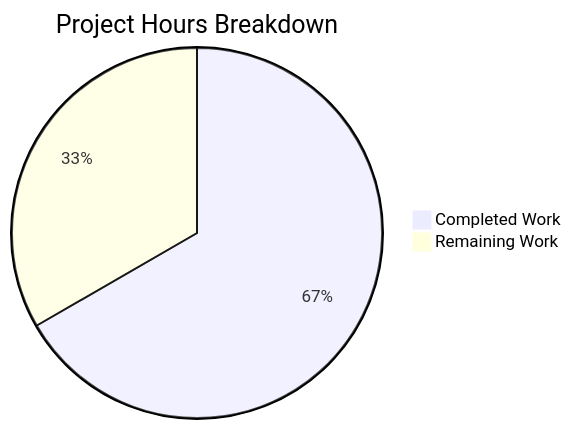
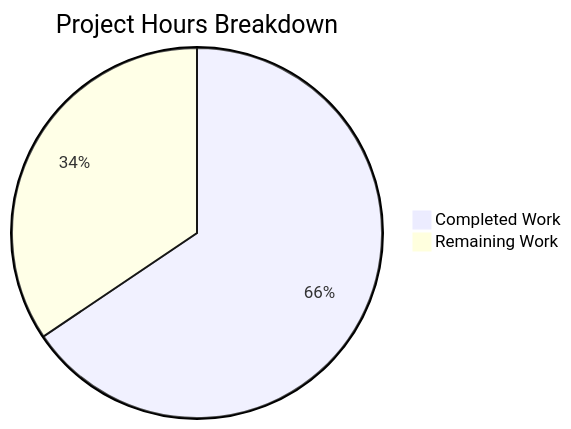
Before and after one commit to Sandeep02Kumar02/Refactor-ExistingProject-30-dec: the diagram in blitzy/documentation/Project Guide.md, drawn with Mermaid. The commit also changed other lines of this file, not shown here.

Commit message:
Adding Blitzy Project Guide: Project Status and Human Tasks Remaining

````diff
--- a/blitzy/documentation/Project Guide.md
+++ b/blitzy/documentation/Project Guide.md
@@ -93,5 +61,5 @@
 ```mermaid
 pie title Project Hours Breakdown
-    "Completed Work" : 80
-    "Remaining Work" : 40
+    "Completed Work" : 59
+    "Remaining Work" : 31
 ```
````
